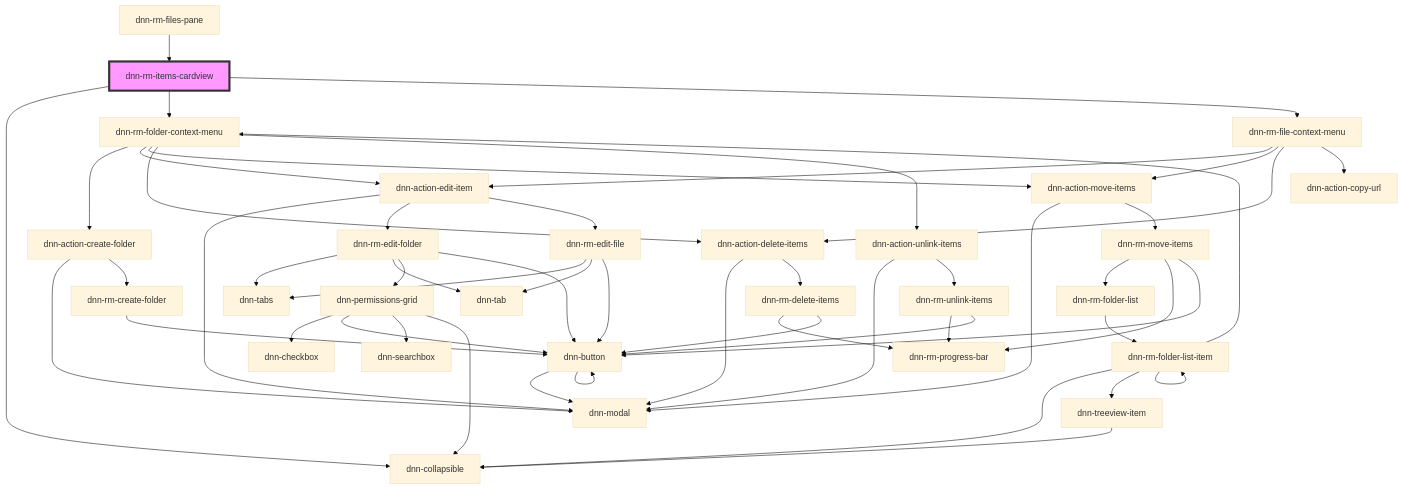
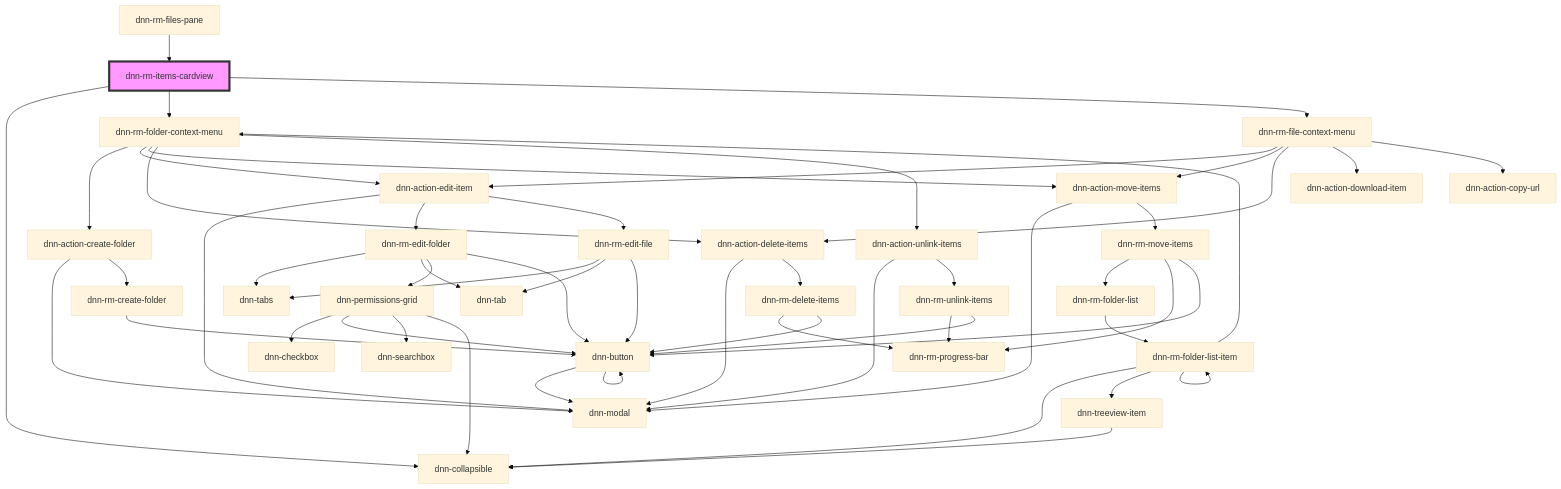
Before and after one commit to dnnsoftware/Dnn.Platform: the diagram in DNN Platform/Modules/ResourceManager/ResourceManager.Web/src/components/dnn-rm-items-cardview/readme.md, drawn with Mermaid (base theme). The commit also changed 11 other files, not shown here.

````diff
--- a/DNN Platform/Modules/ResourceManager/ResourceManager.Web/src/components/dnn-rm-items-cardview/readme.md
+++ b/DNN Platform/Modules/ResourceManager/ResourceManager.Web/src/components/dnn-rm-items-cardview/readme.md
@@ -28,55 +28,56 @@
 ```mermaid
 graph TD;
   dnn-rm-items-cardview --> dnn-collapsible
   dnn-rm-items-cardview --> dnn-rm-folder-context-menu
   dnn-rm-items-cardview --> dnn-rm-file-context-menu
   dnn-rm-folder-context-menu --> dnn-action-create-folder
   dnn-rm-folder-context-menu --> dnn-action-edit-item
   dnn-rm-folder-context-menu --> dnn-action-move-items
   dnn-rm-folder-context-menu --> dnn-action-delete-items
   dnn-rm-folder-context-menu --> dnn-action-unlink-items
   dnn-action-create-folder --> dnn-modal
   dnn-action-create-folder --> dnn-rm-create-folder
   dnn-rm-create-folder --> dnn-button
   dnn-button --> dnn-modal
   dnn-button --> dnn-button
   dnn-action-edit-item --> dnn-modal
   dnn-action-edit-item --> dnn-rm-edit-folder
   dnn-action-edit-item --> dnn-rm-edit-file
   dnn-rm-edit-folder --> dnn-tabs
   dnn-rm-edit-folder --> dnn-tab
   dnn-rm-edit-folder --> dnn-permissions-grid
   dnn-rm-edit-folder --> dnn-button
   dnn-permissions-grid --> dnn-checkbox
   dnn-permissions-grid --> dnn-button
   dnn-permissions-grid --> dnn-searchbox
   dnn-permissions-grid --> dnn-collapsible
   dnn-rm-edit-file --> dnn-tabs
   dnn-rm-edit-file --> dnn-tab
   dnn-rm-edit-file --> dnn-button
   dnn-action-move-items --> dnn-modal
   dnn-action-move-items --> dnn-rm-move-items
   dnn-rm-move-items --> dnn-rm-folder-list
   dnn-rm-move-items --> dnn-rm-progress-bar
   dnn-rm-move-items --> dnn-button
   dnn-rm-folder-list --> dnn-rm-folder-list-item
   dnn-rm-folder-list-item --> dnn-collapsible
   dnn-rm-folder-list-item --> dnn-rm-folder-context-menu
   dnn-rm-folder-list-item --> dnn-treeview-item
   dnn-rm-folder-list-item --> dnn-rm-folder-list-item
   dnn-treeview-item --> dnn-collapsible
   dnn-action-delete-items --> dnn-modal
   dnn-action-delete-items --> dnn-rm-delete-items
   dnn-rm-delete-items --> dnn-rm-progress-bar
   dnn-rm-delete-items --> dnn-button
   dnn-action-unlink-items --> dnn-modal
   dnn-action-unlink-items --> dnn-rm-unlink-items
   dnn-rm-unlink-items --> dnn-rm-progress-bar
   dnn-rm-unlink-items --> dnn-button
   dnn-rm-file-context-menu --> dnn-action-edit-item
   dnn-rm-file-context-menu --> dnn-action-move-items
   dnn-rm-file-context-menu --> dnn-action-delete-items
+  dnn-rm-file-context-menu --> dnn-action-download-item
   dnn-rm-file-context-menu --> dnn-action-copy-url
   dnn-rm-files-pane --> dnn-rm-items-cardview
   style dnn-rm-items-cardview fill:#f9f,stroke:#333,stroke-width:4px
 ```
````
